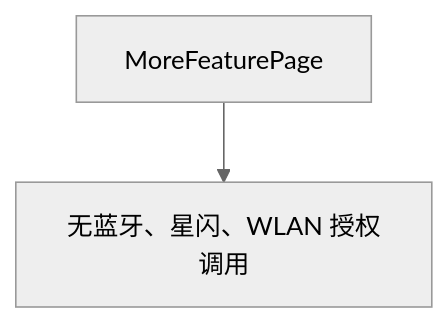
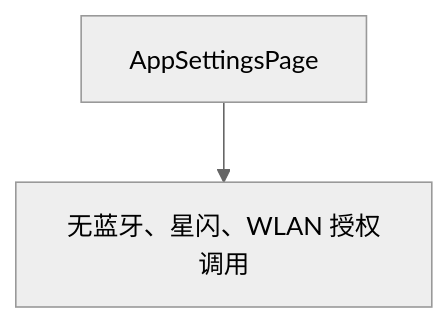
Before and after one commit to yohurm/HarmonyOS-YoWireTools: the first of 4 diagrams in docs/goal/architecture/settings/SET-003.md, drawn with Mermaid (neutral theme). The commit also changed other lines of this file and 78 other files, not shown here.

````diff
--- a/docs/goal/architecture/settings/SET-003.md
+++ b/docs/goal/architecture/settings/SET-003.md
@@ -54,6 +54,6 @@
 ```mermaid
 flowchart TB
-  Page["MoreFeaturePage"]
+  Page["AppSettingsPage"]
   None["无蓝牙、星闪、WLAN 授权调用"]
   Page --> None
 ```
````
